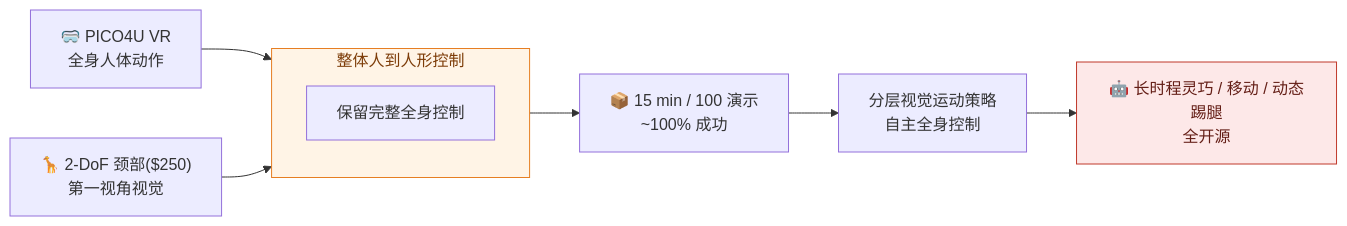
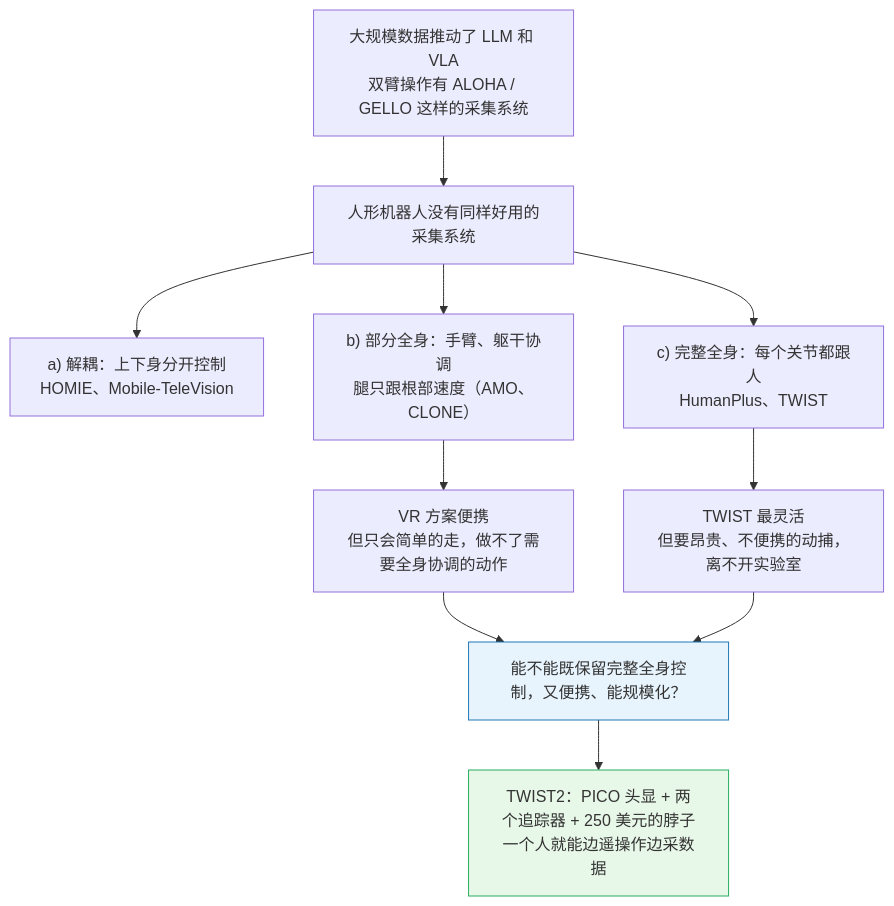
Before and after one commit to ImChong/Robot_Learning_Paper_Notebooks: the first of 2 diagrams in papers/07_Teleoperation/TWIST2__Scalable_Portable_and_Holistic_Humanoid_Data_Collection_System/TWIST2__Scalable_Portable_and_Holistic_Humanoid_Data_Collection_System.md, drawn with Mermaid. The commit also changed other lines of this file and 59 other files, not shown here.

```diff
--- a/papers/07_Teleoperation/TWIST2__Scalable_Portable_and_Holistic_Humanoid_Data_Collection_System/TWIST2__Scalable_Portable_and_Holistic_Humanoid_Data_Collection_System.md
+++ b/papers/07_Teleoperation/TWIST2__Scalable_Portable_and_Holistic_Humanoid_Data_Collection_System/TWIST2__Scalable_Portable_and_Holistic_Humanoid_Data_Collection_System.md
@@ -83,14 +90,15 @@
 <div class="mermaid">
-flowchart LR
-    VR["🥽 PICO4U VR<br/>全身人体动作"] --> MAP
-    NECK["🦒 2-DoF 颈部($250)<br/>第一视角视觉"] --> MAP
-    subgraph MAP["整体人到人形控制"]
-        H["保留完整全身控制"]
-    end
-    MAP --> DATA["📦 15 min / 100 演示<br/>~100% 成功"]
-    DATA --> POL["分层视觉运动策略<br/>自主全身控制"]
-    POL --> OUT["🤖 长时程灵巧 / 移动 / 动态踢腿<br/>全开源"]
+flowchart TB
+    D["大规模数据推动了 LLM 和 VLA<br/>双臂操作有 ALOHA / GELLO 这样的采集系统"] --> Q0["人形机器人没有同样好用的采集系统"]
+    Q0 --> A["a) 解耦：上下身分开控制<br/>HOMIE、Mobile-TeleVision"]
+    Q0 --> B["b) 部分全身：手臂、躯干协调<br/>腿只跟根部速度（AMO、CLONE）"]
+    Q0 --> C["c) 完整全身：每个关节都跟人<br/>HumanPlus、TWIST"]
+    B --> X1["VR 方案便携<br/>但只会简单的走，做不了需要全身协调的动作"]
+    C --> X2["TWIST 最灵活<br/>但要昂贵、不便携的动捕，离不开实验室"]
+    X1 --> Q["能不能既保留完整全身控制，又便携、能规模化？"]
+    X2 --> Q
+    Q --> T["TWIST2：PICO 头显 + 两个追踪器 + 250 美元的脖子<br/>一个人就能边遥操作边采数据"]
 
-    style MAP fill:#fff4e6,stroke:#e67e22,color:#7d3c08
-    style OUT fill:#fde8e8,stroke:#c0392b,color:#641e16
+    style Q fill:#e8f4fd,stroke:#1f78b4
+    style T fill:#e8f8e8,stroke:#27ae60
 </div>
```
